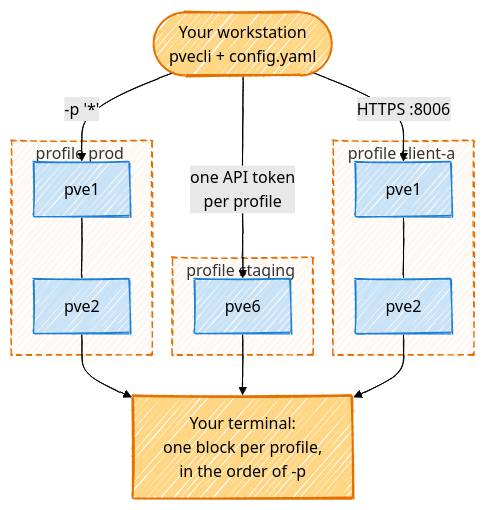
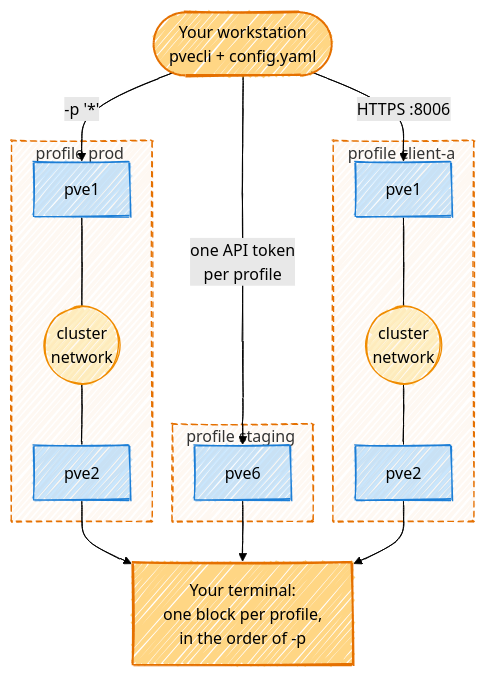
One commit to Helphyy/pvecli changed the diagram in docs/fleet/index.md. Above: the diagram before and after it, drawn with Mermaid (forest theme). The commit also changed 4 other files, not shown here.

````diff
--- a/docs/fleet/index.md
+++ b/docs/fleet/index.md
@@ -15,33 +15,34 @@
 ```mermaid
 ---
 config:
   look: handDrawn
   flowchart:
     curve: basis
     nodeSpacing: 22
     rankSpacing: 40
 ---
 flowchart TB
   you(["Your workstation<br/>pvecli + config.yaml"]):::pv
   you -- "-p '*'" --> p1
   you -- "one API token<br/>per profile" --> s1
   you -- "HTTPS :8006" --> c1
   subgraph prod ["profile prod#nbsp;"]
-    p1["pve1"]:::host --- p2["pve2"]:::host
+    p1["pve1"]:::host --- plan(("cluster<br/>network")):::net --- p2["pve2"]:::host
   end
   subgraph staging ["profile staging#nbsp;"]
     s1["pve6"]:::host
   end
   subgraph clienta ["profile client-a#nbsp;"]
-    c1["pve1"]:::host --- c2["pve2"]:::host
+    c1["pve1"]:::host --- clan(("cluster<br/>network")):::net --- c2["pve2"]:::host
   end
   p2 --> out
   s1 --> out
   c2 --> out
   out["Your terminal:<br/>one block per profile,<br/>in the order of -p"]:::pv
 
   classDef pv fill:#ffae0b80,stroke:#e57000,stroke-width:2px
   classDef host fill:#4dabf74d,stroke:#1c7ed6
+  classDef net fill:#fcc41940,stroke:#f08c00
   classDef zone fill:#e570000d,stroke:#e57000,stroke-dasharray:6 4
   class prod,staging,clienta zone
 ```
````
